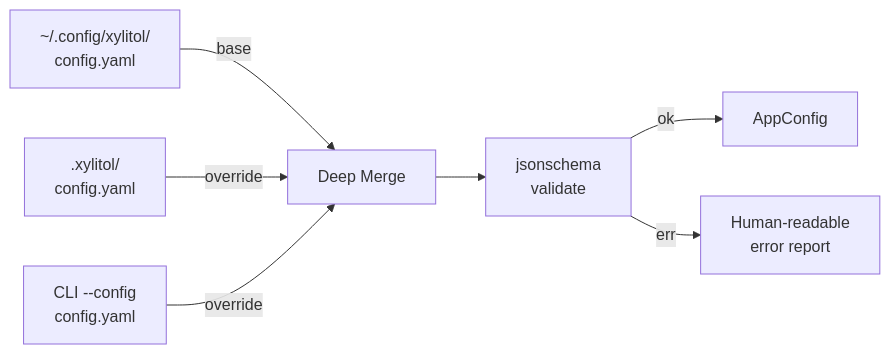
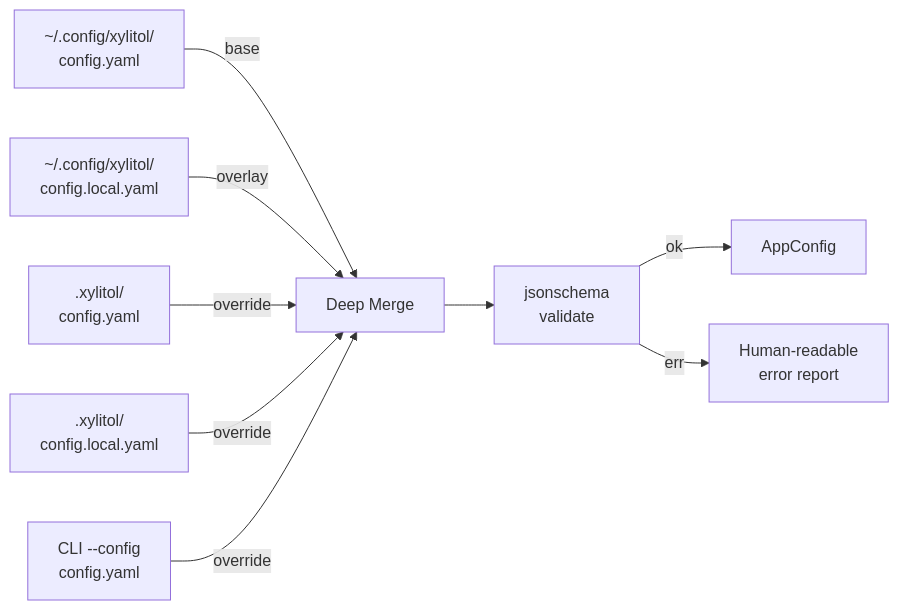
One commit to StrayDragon/xylitol changed the second of 5 diagrams in llmanspec/changes/c10-add-config/design.md. Above: the diagram before and after it, drawn with Mermaid. The commit also changed other lines of this file and 20 other files, not shown here.

````diff
--- a/llmanspec/changes/c10-add-config/design.md
+++ b/llmanspec/changes/c10-add-config/design.md
@@ -137,9 +137,11 @@
 ```mermaid
 flowchart LR
     G["~/.config/xylitol/<br/>config.yaml"] -->|base| MERGE["Deep Merge"]
+    GL["~/.config/xylitol/<br/>config.local.yaml"] -->|overlay| MERGE
     P[".xylitol/<br/>config.yaml"] -->|override| MERGE
+    PL[".xylitol/<br/>config.local.yaml"] -->|override| MERGE
     C["CLI --config<br/>config.yaml"] -->|override| MERGE
     MERGE --> VALIDATE["jsonschema<br/>validate"]
     VALIDATE -->|ok| APP["AppConfig"]
     VALIDATE -->|err| ERR["Human-readable<br/>error report"]
 ```
````
